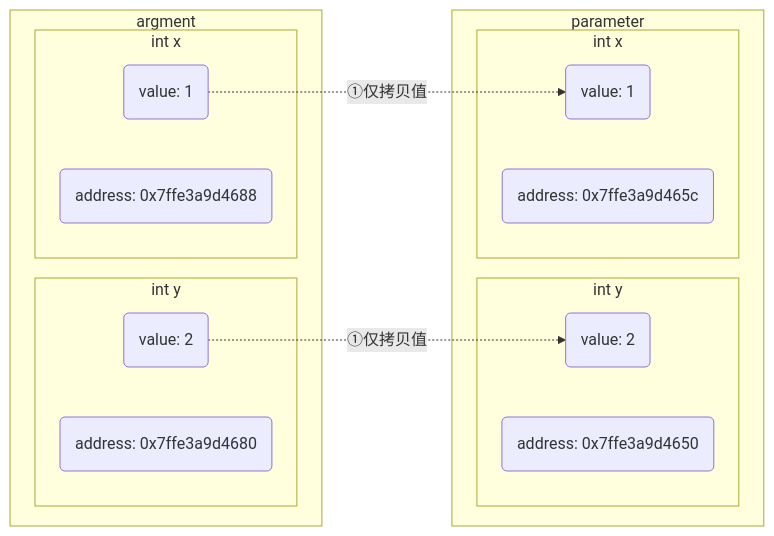
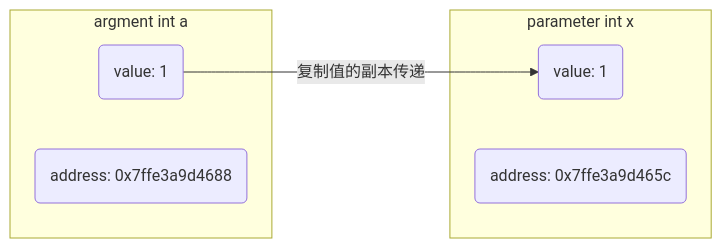
Before and after one commit to dmjcb/dmjcb.github.io: the first of 3 diagrams in _posts/c_c++/2024-12-23-函数.md, drawn with Mermaid. The commit also changed other lines of this file and 6 other files, not shown here.

````diff
--- a/_posts/c_c++/2024-12-23-函数.md
+++ b/_posts/c_c++/2024-12-23-函数.md
@@ -179,26 +155,13 @@
 ```mermaid
 graph LR;
-    subgraph parameter
-        subgraph int y
-            V3(value: 2)
-            A4(address: 0x7ffe3a9d4650)
-        end
-        subgraph int x
-            V2(value: 1)
-            A2(address: 0x7ffe3a9d465c)
-        end
+    subgraph parameter int x
+        V2(value: 1)
+        A2(address: 0x7ffe3a9d465c)
     end
-    subgraph argment
-        subgraph int y
-            V1(value: 2)
-            A1(address: 0x7ffe3a9d4680)
-        end
-        subgraph int x
-            V(value: 1)
-            A(address: 0x7ffe3a9d4688)
-        end
+    subgraph argment int a
+        V1(value: 1)
+        A1(address: 0x7ffe3a9d4688)
     end
 
-    V-.①仅拷贝值.->V2
-    V1-.①仅拷贝值.->V3
+    V1--复制值的副本传递-->V2
 ```
````
